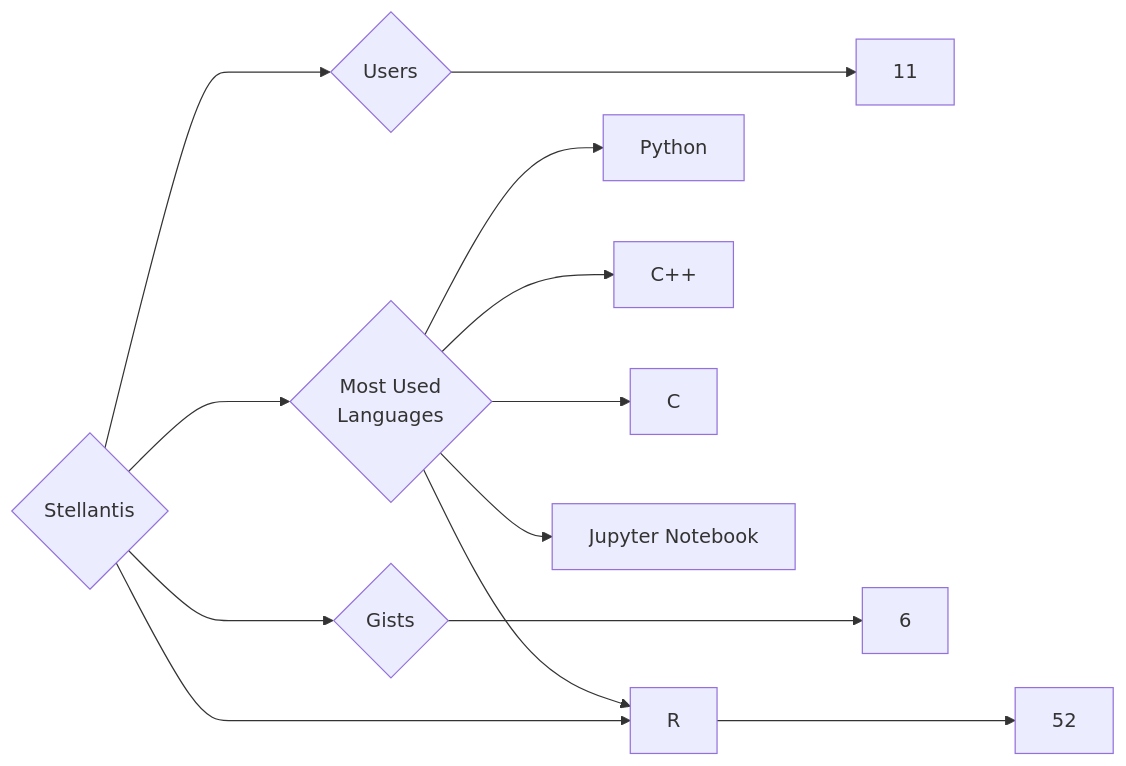
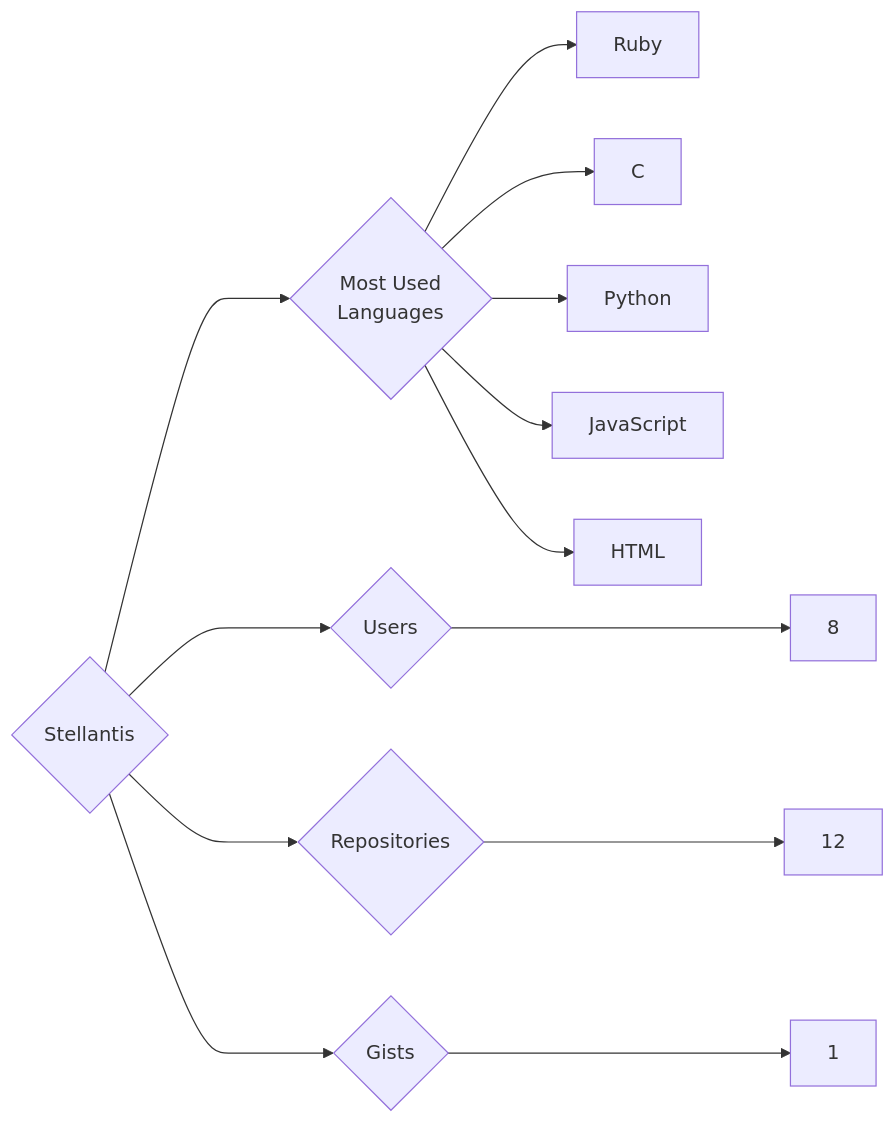
Before and after one commit to trickest/insiders: the diagram in targets/Stellantis/README.md, drawn with Mermaid. The commit also changed 721 other files, not shown here.

````diff
--- a/targets/Stellantis/README.md
+++ b/targets/Stellantis/README.md
@@ -3,13 +3,13 @@
 ```mermaid
 graph LR
 COMPANY_NAME{Stellantis}
-COMPANY_NAME ---> U{Users} ---> UN[11]
-COMPANY_NAME ---> R{Repositories} ---> RN[52]
-COMPANY_NAME ---> G{Gists} ---> GN[6]
+COMPANY_NAME ---> U{Users} ---> UN[8]
+COMPANY_NAME ---> R{Repositories} ---> RN[12]
+COMPANY_NAME ---> G{Gists} ---> GN[1]
 COMPANY_NAME ---> ML{Most Used<br>Languages}
+ML --> Ruby[Ruby]
+ML --> C[C]
 ML --> Python[Python]
-ML --> C++[C++]
-ML --> C[C]
-ML --> R[R]
-ML --> Jupyter_Notebook[Jupyter Notebook]
+ML --> JavaScript[JavaScript]
+ML --> HTML[HTML]
 ```
````
